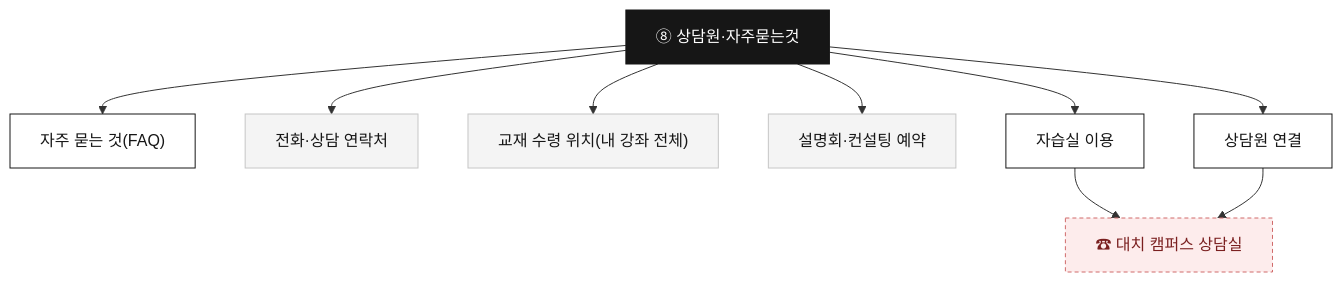
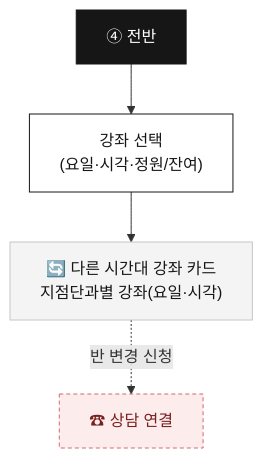
One commit to layr8x/Wiki changed the seventh of 8 diagrams in analysis/myclass-chatbot/SCENARIO_PLAN.md. Above: the diagram before and after it, drawn with Mermaid. The commit also changed other lines of this file and 15 other files, not shown here.

````diff
--- a/analysis/myclass-chatbot/SCENARIO_PLAN.md
+++ b/analysis/myclass-chatbot/SCENARIO_PLAN.md
@@ -290,15 +177,11 @@
 ```mermaid
 flowchart TD
-  Hh["⑧ 상담원·자주묻는것"]:::menu
-  Hh --> Q1["자주 묻는 것(FAQ)"]:::step
-  Hh --> Q2["전화·상담 연락처"]:::card
-  Hh --> Q3["교재 수령 위치(내 강좌 전체)"]:::card
-  Hh --> Q4["설명회·컨설팅 예약"]:::card
-  Hh --> Q5["자습실 이용"]:::step
-  Hh --> Q6["상담원 연결"]:::step
-  Q5 & Q6 --> CP["☎ 대치 캠퍼스 상담실"]:::hand
+  D["④ 전반"]:::menu
+  D --> D1["강좌 선택<br/>(요일·시각·정원/잔여)"]:::step
+  D1 --> D2["🔄 다른 시간대 강좌 카드<br/>지점단과별 강좌(요일·시각)"]:::card
+  D2 -.반 변경 신청.-> CP["☎ 상담 연결"]:::hand
   classDef menu fill:#161616,color:#ffffff,stroke:#161616;
   classDef step fill:#ffffff,color:#161616,stroke:#161616;
   classDef card fill:#f4f4f4,color:#161616,stroke:#c6c6c6;
   classDef hand fill:#fdecec,color:#7a1f1f,stroke:#d06a6a,stroke-dasharray:4 3;
 ```
````
